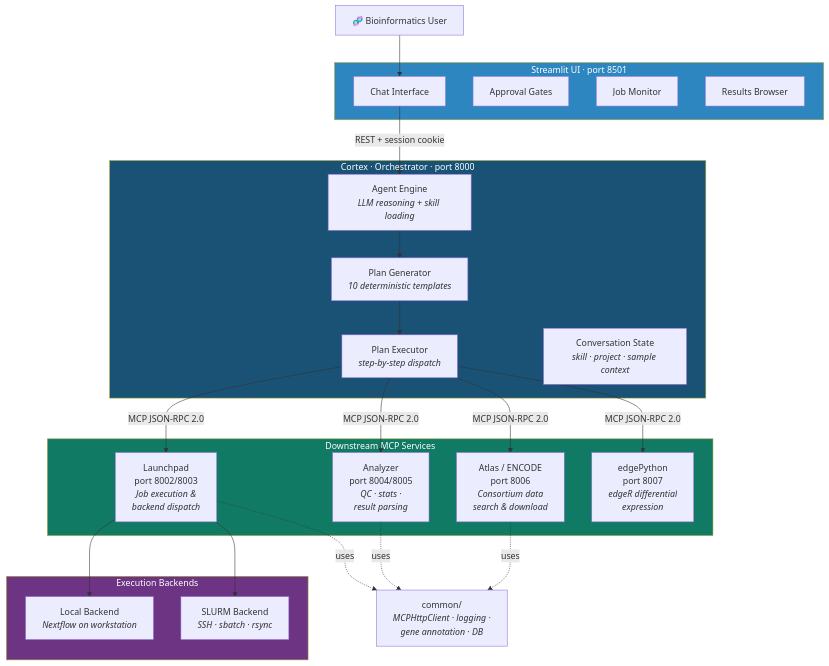
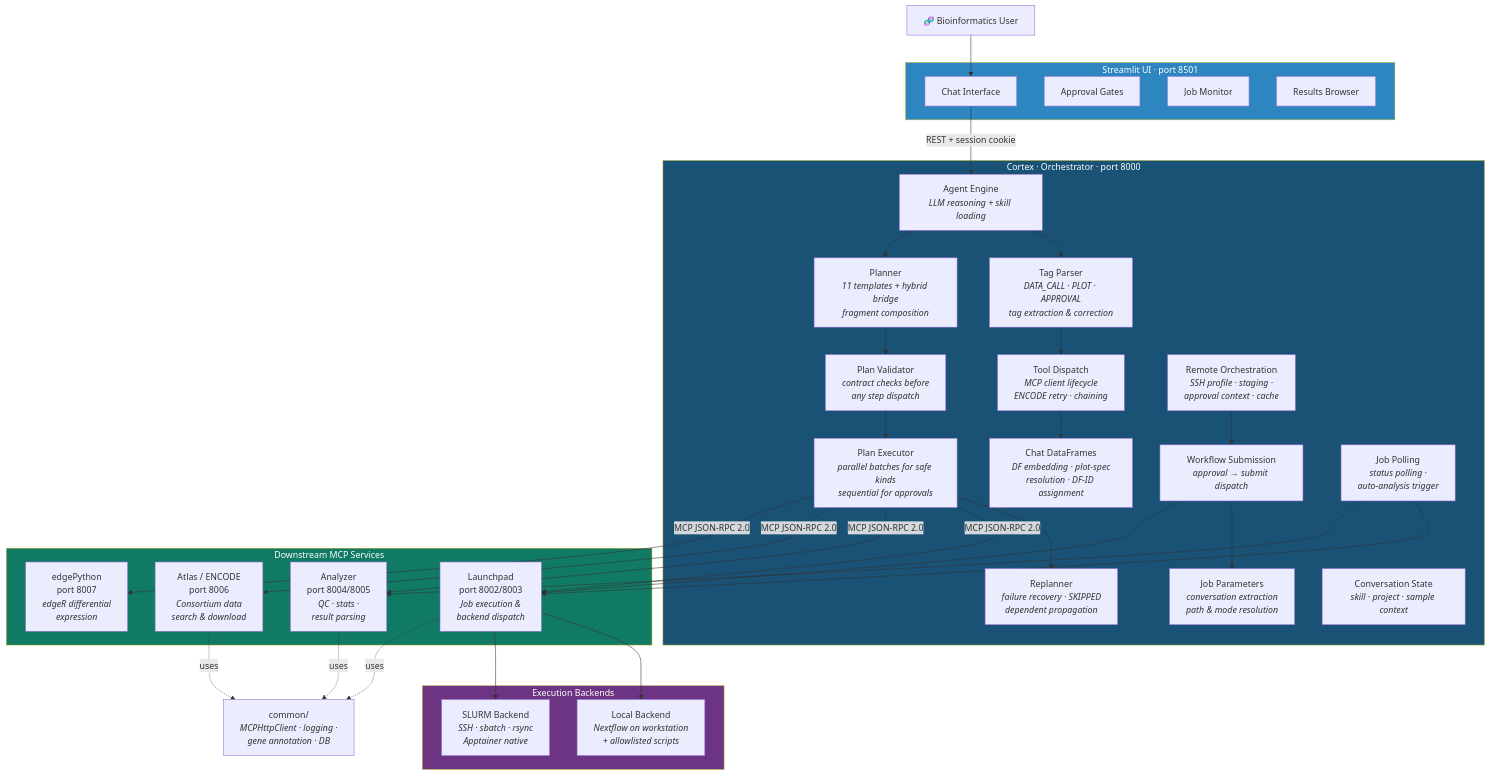
One commit to mortazavilab/agoutic changed the first of 8 diagrams in docs/architecture_diagrams.md. Above: the diagram before and after it, drawn with Mermaid. The commit also changed other lines of this file and 26 other files, not shown here.

````diff
--- a/docs/architecture_diagrams.md
+++ b/docs/architecture_diagrams.md
@@ -16,51 +18,66 @@
 ```mermaid
 graph TB
     User["🧬 Bioinformatics User"]
 
     subgraph UI ["Streamlit UI · port 8501"]
         Chat["Chat Interface"]
         Approval["Approval Gates"]
         Monitor["Job Monitor"]
         Results["Results Browser"]
     end
 
     subgraph Cortex ["Cortex · Orchestrator · port 8000"]
         Agent["Agent Engine<br/><i>LLM reasoning + skill loading</i>"]
-        Planner["Plan Generator<br/><i>10 deterministic templates</i>"]
-        Executor["Plan Executor<br/><i>step-by-step dispatch</i>"]
+        TagParse["Tag Parser<br/><i>DATA_CALL · PLOT · APPROVAL<br/>tag extraction & correction</i>"]
+        ToolDisp["Tool Dispatch<br/><i>MCP client lifecycle<br/>ENCODE retry · chaining</i>"]
+        ChatDF["Chat DataFrames<br/><i>DF embedding · plot-spec<br/>resolution · DF-ID assignment</i>"]
+        Planner["Planner<br/><i>11 templates + hybrid bridge<br/>fragment composition</i>"]
+        PlanVal["Plan Validator<br/><i>contract checks before<br/>any step dispatch</i>"]
+        Executor["Plan Executor<br/><i>parallel batches for safe kinds<br/>sequential for approvals</i>"]
+        Replanner["Replanner<br/><i>failure recovery · SKIPPED<br/>dependent propagation</i>"]
+        RemoteOrch["Remote Orchestration<br/><i>SSH profile · staging ·<br/>approval context · cache</i>"]
+        Submission["Workflow Submission<br/><i>approval → submit dispatch</i>"]
+        JobParams["Job Parameters<br/><i>conversation extraction<br/>path & mode resolution</i>"]
+        JobPoll["Job Polling<br/><i>status polling ·<br/>auto-analysis trigger</i>"]
         State["Conversation State<br/><i>skill · project · sample context</i>"]
     end
 
     subgraph Services ["Downstream MCP Services"]
         LP["Launchpad<br/>port 8002/8003<br/><i>Job execution &<br/>backend dispatch</i>"]
         AN["Analyzer<br/>port 8004/8005<br/><i>QC · stats ·<br/>result parsing</i>"]
         AT["Atlas / ENCODE<br/>port 8006<br/><i>Consortium data<br/>search & download</i>"]
         EP["edgePython<br/>port 8007<br/><i>edgeR differential<br/>expression</i>"]
     end
 
     subgraph Backends ["Execution Backends"]
-        Local["Local Backend<br/><i>Nextflow on workstation</i>"]
-        SLURM["SLURM Backend<br/><i>SSH · sbatch · rsync</i>"]
+        Local["Local Backend<br/><i>Nextflow on workstation<br/>+ allowlisted scripts</i>"]
+        SLURM["SLURM Backend<br/><i>SSH · sbatch · rsync<br/>Apptainer native</i>"]
     end
 
     Common["common/<br/><i>MCPHttpClient · logging ·<br/>gene annotation · DB</i>"]
 
     User --> Chat
     Chat -->|"REST + session cookie"| Agent
+    Agent --> TagParse --> ToolDisp --> ChatDF
     Agent --> Planner
-    Planner --> Executor
+    Planner --> PlanVal --> Executor
+    Executor --> Replanner
     Executor -->|"MCP JSON-RPC 2.0"| LP
     Executor -->|"MCP JSON-RPC 2.0"| AN
     Executor -->|"MCP JSON-RPC 2.0"| AT
     Executor -->|"MCP JSON-RPC 2.0"| EP
+    RemoteOrch --> Submission --> JobParams
+    Submission --> LP
+    JobPoll --> LP
+    JobPoll --> AN
     LP --> Local
     LP --> SLURM
     LP -.->|uses| Common
     AN -.->|uses| Common
     AT -.->|uses| Common
 
     style Cortex fill:#1a5276,color:#fff
     style UI fill:#2e86c1,color:#fff
     style Services fill:#117a65,color:#fff
     style Backends fill:#6c3483,color:#fff
 ```
````
